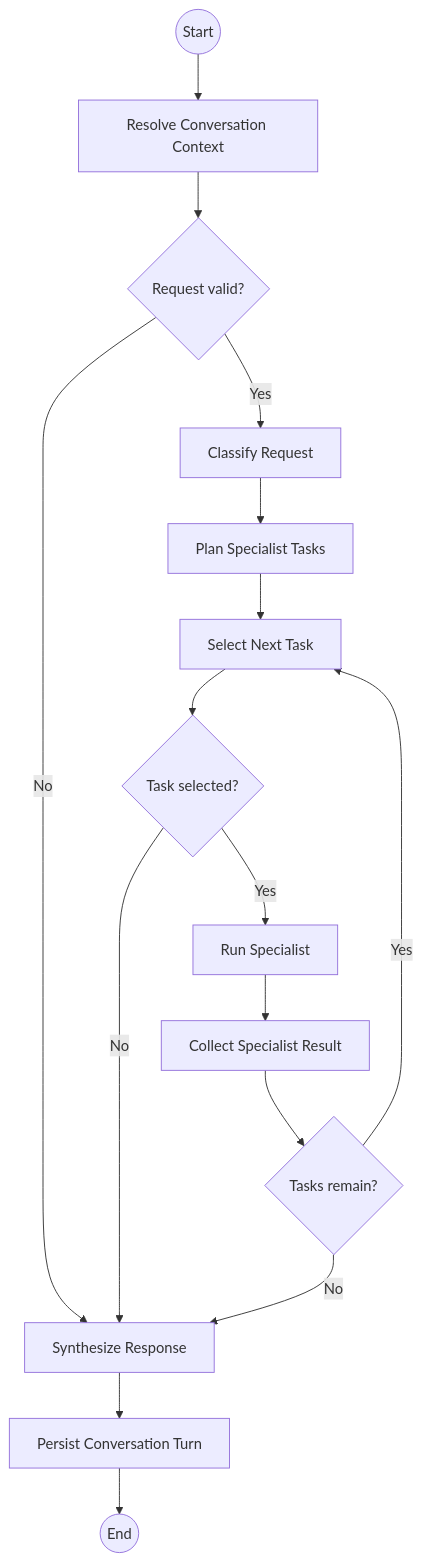
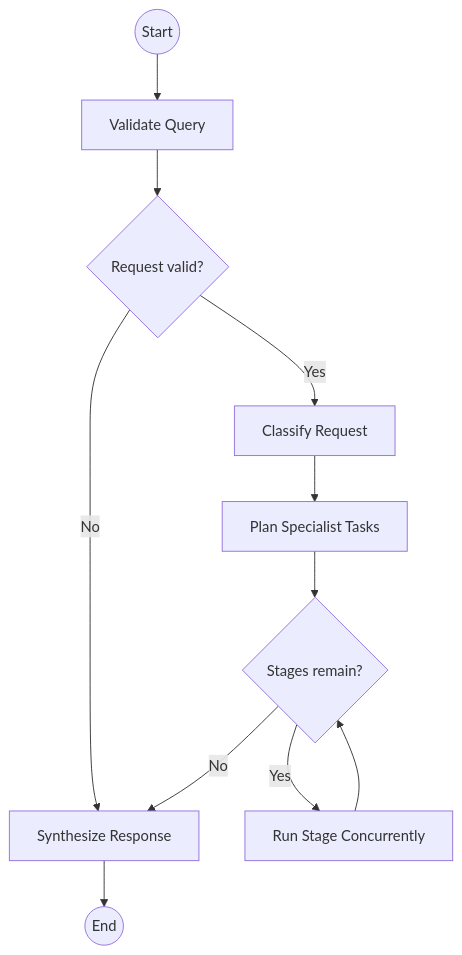
The third of 4 diagrams in docs/PROJECT_DOCUMENTATION.md (chamanthmvs/AstroWeave), drawn with Mermaid before and after one commit. The commit also changed other lines of this file and 14 other files, not shown here.

````diff
--- a/docs/PROJECT_DOCUMENTATION.md
+++ b/docs/PROJECT_DOCUMENTATION.md
@@ -269,18 +275,13 @@
 ```mermaid
 flowchart TD
-    START((Start)) --> RCC[Resolve Conversation Context]
+    START((Start)) --> RCC[Validate Query]
     RCC --> V{Request valid?}
     V -->|No| SR[Synthesize Response]
     V -->|Yes| CR[Classify Request]
     CR --> PST[Plan Specialist Tasks]
-    PST --> SNT[Select Next Task]
-    SNT --> R{Task selected?}
+    PST --> R{Stages remain?}
     R -->|No| SR
-    R -->|Yes| RS[Run Specialist]
-    RS --> CSR[Collect Specialist Result]
-    CSR --> M{Tasks remain?}
-    M -->|Yes| SNT
-    M -->|No| SR
-    SR --> PCT[Persist Conversation Turn]
-    PCT --> END((End))
+    R -->|Yes| RS[Run Stage Concurrently]
+    RS --> R
+    SR --> END((End))
 ```
````
